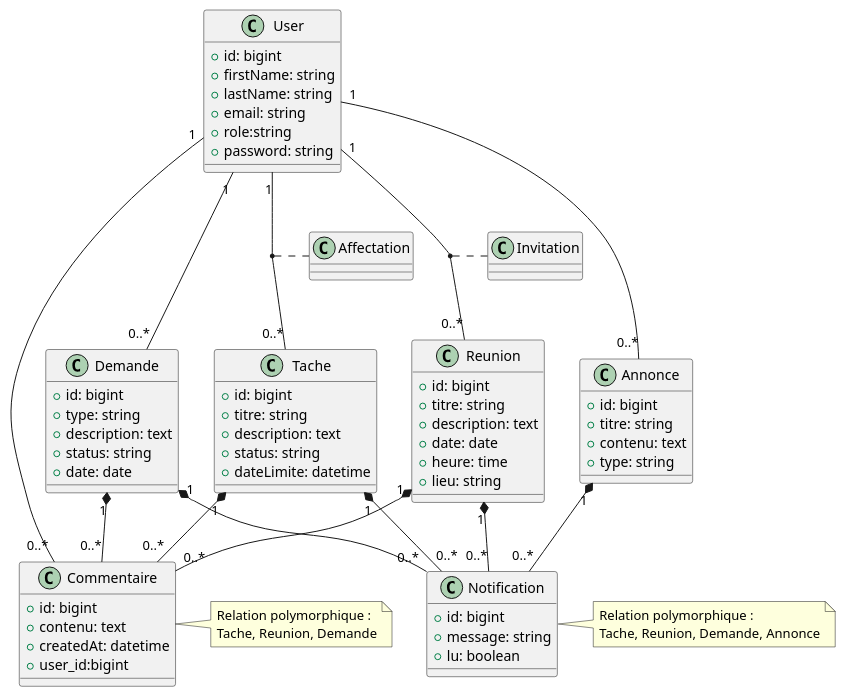
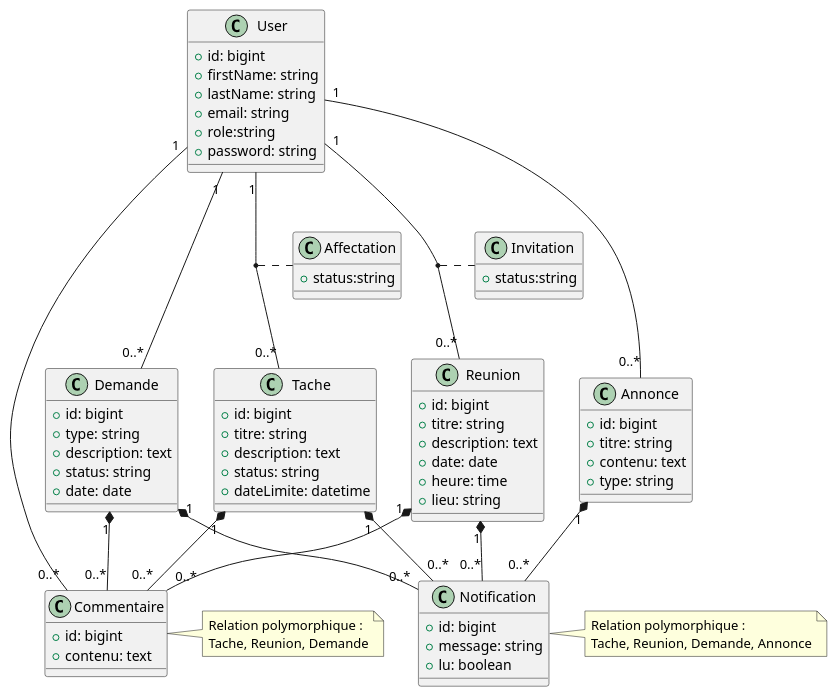
One commit to Yassinenmila/TeamBoard changed the diagram in diagrame/ClassCase.puml. Above: the diagram before and after it, drawn with PlantUML. The commit also changed 3 other files, not shown here.

```diff
--- a/diagrame/ClassCase.puml
+++ b/diagrame/ClassCase.puml
@@ -1,104 +1,102 @@
-@startuml
+@startuml ''
 
 'class abstraite
 class User {
   +id: bigint
   +firstName: string
   +lastName: string
   +email: string
   +role:string
   +password: string
 }
 
 ' les class
 
 class Annonce {
   +id: bigint
   +titre: string
   +contenu: text
   +type: string
 }
 
 class Demande {
   +id: bigint
   +type: string
   +description: text
   +status: string
   +date: date
 }
 
 class Tache {
   +id: bigint
   +titre: string
   +description: text
   +status: string
   +dateLimite: datetime
 }
 
 class Reunion {
   +id: bigint
   +titre: string
   +description: text
   +date: date
   +heure: time
   +lieu: string
 }
 
 class Commentaire {
   +id: bigint
   +contenu: text
-  +createdAt: datetime
-  +user_id:bigint
 }
 note right of Commentaire
 Relation polymorphique :
 Tache, Reunion, Demande
 end note
 
 class Notification {
   +id: bigint
   +message: string
   +lu: boolean
 }
 note right of Notification
 Relation polymorphique :
 Tache, Reunion, Demande, Annonce
 end note
 
 
 'tableau piveau
 
 class Affectation {
-  
+  +status:string
 }
 
 class Invitation {
-  
+  +status:string
 }
 
 ' user relations
 
 User "1" -- "0..*" Annonce 
 User "1" -- "0..*" Tache 
 User "1" -- "0..*" Reunion 
 User "1" -- "0..*" Commentaire 
 User "1" -- "0..*" Demande 
 
 ' many to many
 
 (User,Tache) .. Affectation
 (User, Reunion) .. Invitation
 
 'la composition
 
 Demande "1" *-- "0..*" Commentaire
 Tache "1" *-- "0..*" Commentaire
 Reunion "1" *-- "0..*" Commentaire
 
 
 Tache "1" *-- "0..*" Notification
 Reunion "1" *-- "0..*" Notification
 Annonce "1" *-- "0..*" Notification
 Demande "1" *-- "0..*" Notification
 
 @enduml
```
